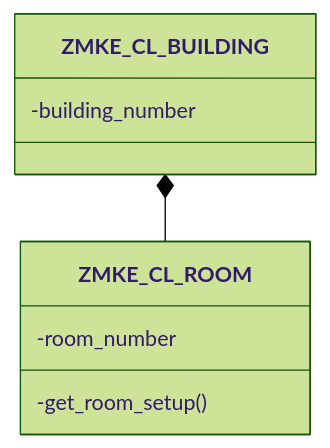
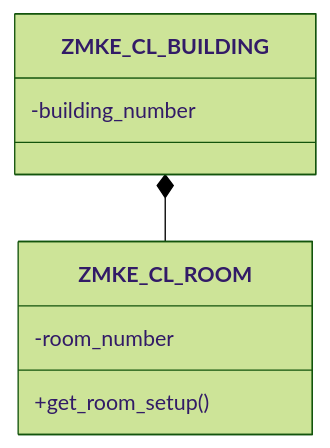
Before and after one commit to Keller-Michael/class_model_example: the diagram in README.md, drawn with Mermaid (forest theme).

````diff
--- a/README.md
+++ b/README.md
@@ -5,16 +5,16 @@
 ```mermaid
 classDiagram
     ZMKE_CL_BUILDING *-- ZMKE_CL_ROOM
     
     class ZMKE_CL_BUILDING{
           -building_number
     }
     
     class ZMKE_CL_ROOM{
           -room_number
-          -get_room_setup()
+          +get_room_setup()
     }    
     
     click ZMKE_CL_BUILDING href "https://github.com/Keller-Michael/class_model_example/blob/main/src/zmke_cl_building.clas.abap" 
     click ZMKE_CL_ROOM href "https://github.com/Keller-Michael/class_model_example/blob/main/src/zmke_cl_room.clas.abap"
 ```
````
